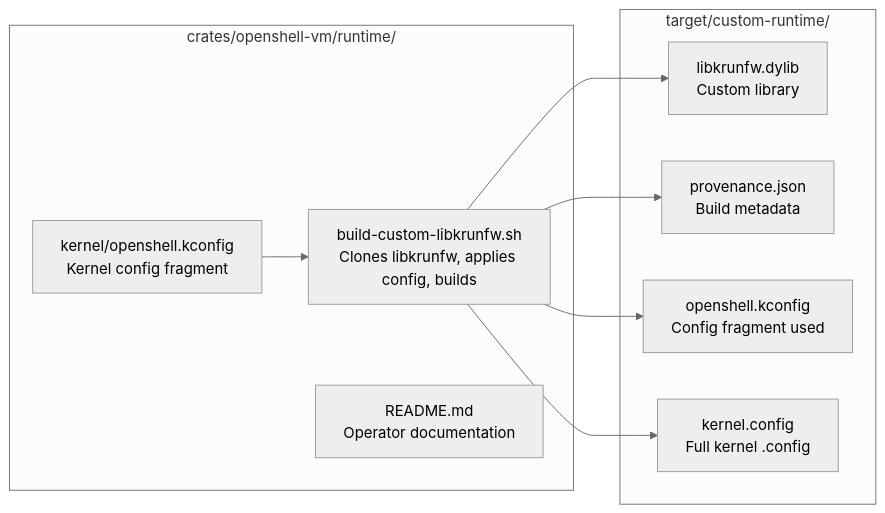
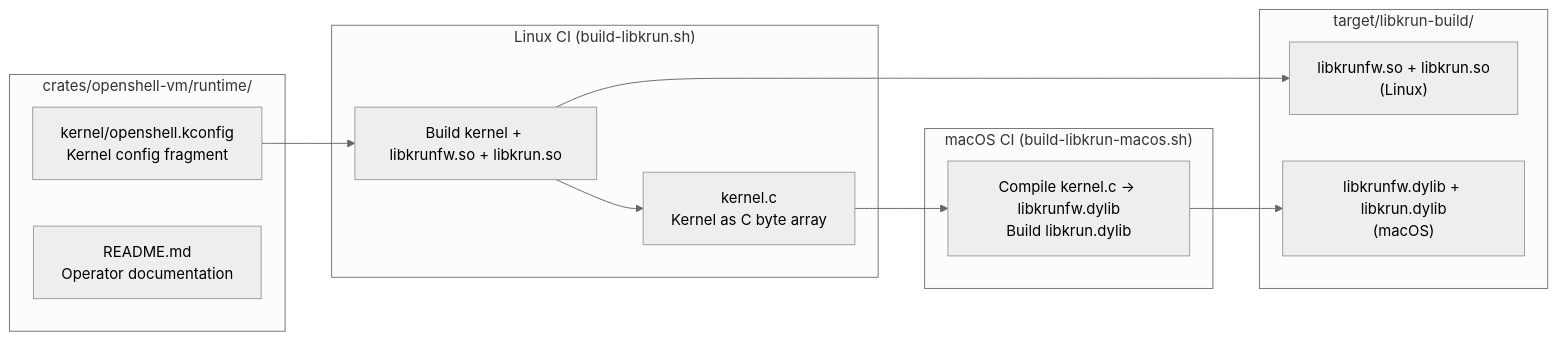
One commit to st-gr/OpenShell changed the second of 3 diagrams in architecture/custom-vm-runtime.md. Above: the diagram before and after it, drawn with Mermaid (neutral theme). The commit also changed other lines of this file and 15 other files, not shown here.

````diff
--- a/architecture/custom-vm-runtime.md
+++ b/architecture/custom-vm-runtime.md
@@ -116,21 +116,27 @@
 ```mermaid
 graph LR
     subgraph Source["crates/openshell-vm/runtime/"]
-        BUILD["build-custom-libkrunfw.sh\nClones libkrunfw, applies config, builds"]
         KCONF["kernel/openshell.kconfig\nKernel config fragment"]
         README["README.md\nOperator documentation"]
     end
 
-    subgraph Output["target/custom-runtime/"]
-        LIB["libkrunfw.dylib\nCustom library"]
-        META["provenance.json\nBuild metadata"]
-        FRAG["openshell.kconfig\nConfig fragment used"]
-        FULL["kernel.config\nFull kernel .config"]
+    subgraph Linux["Linux CI (build-libkrun.sh)"]
+        BUILD_L["Build kernel + libkrunfw.so + libkrun.so"]
+        KERNELC["kernel.c\nKernel as C byte array"]
     end
 
-    KCONF --> BUILD
-    BUILD --> LIB
-    BUILD --> META
-    BUILD --> FRAG
-    BUILD --> FULL
+    subgraph macOS["macOS CI (build-libkrun-macos.sh)"]
+        BUILD_M["Compile kernel.c -> libkrunfw.dylib\nBuild libkrun.dylib"]
+    end
+
+    subgraph Output["target/libkrun-build/"]
+        LIB_SO["libkrunfw.so + libkrun.so\n(Linux)"]
+        LIB_DY["libkrunfw.dylib + libkrun.dylib\n(macOS)"]
+    end
+
+    KCONF --> BUILD_L
+    BUILD_L --> LIB_SO
+    BUILD_L --> KERNELC
+    KERNELC --> BUILD_M
+    BUILD_M --> LIB_DY
 ```
````
